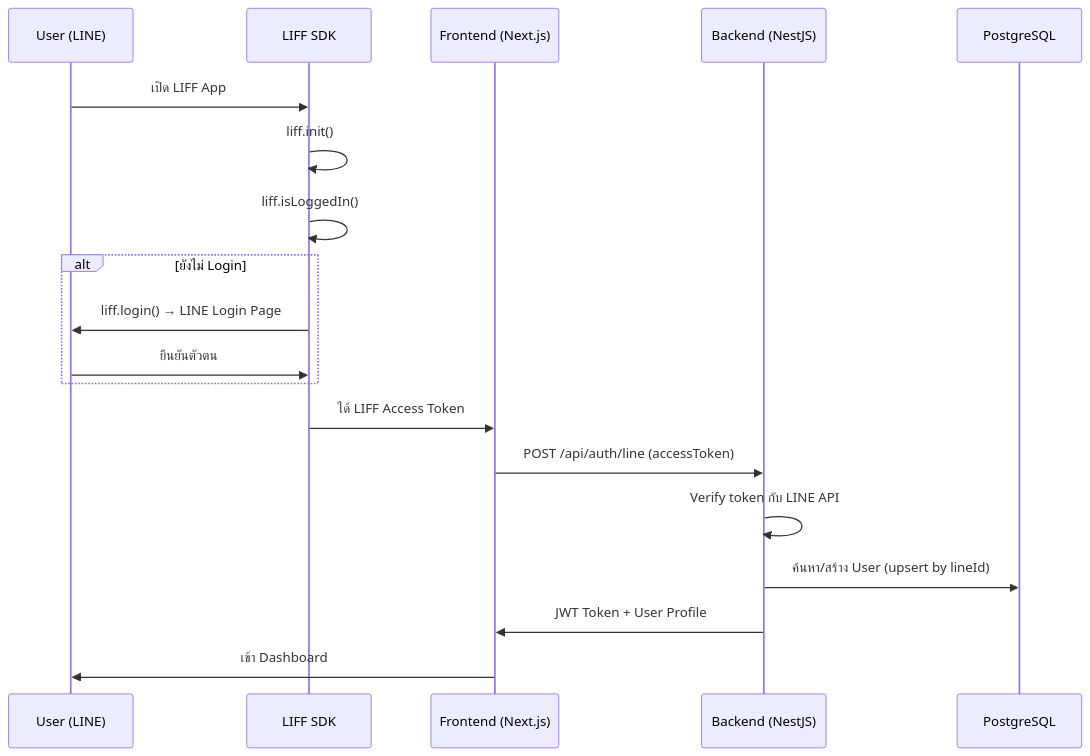
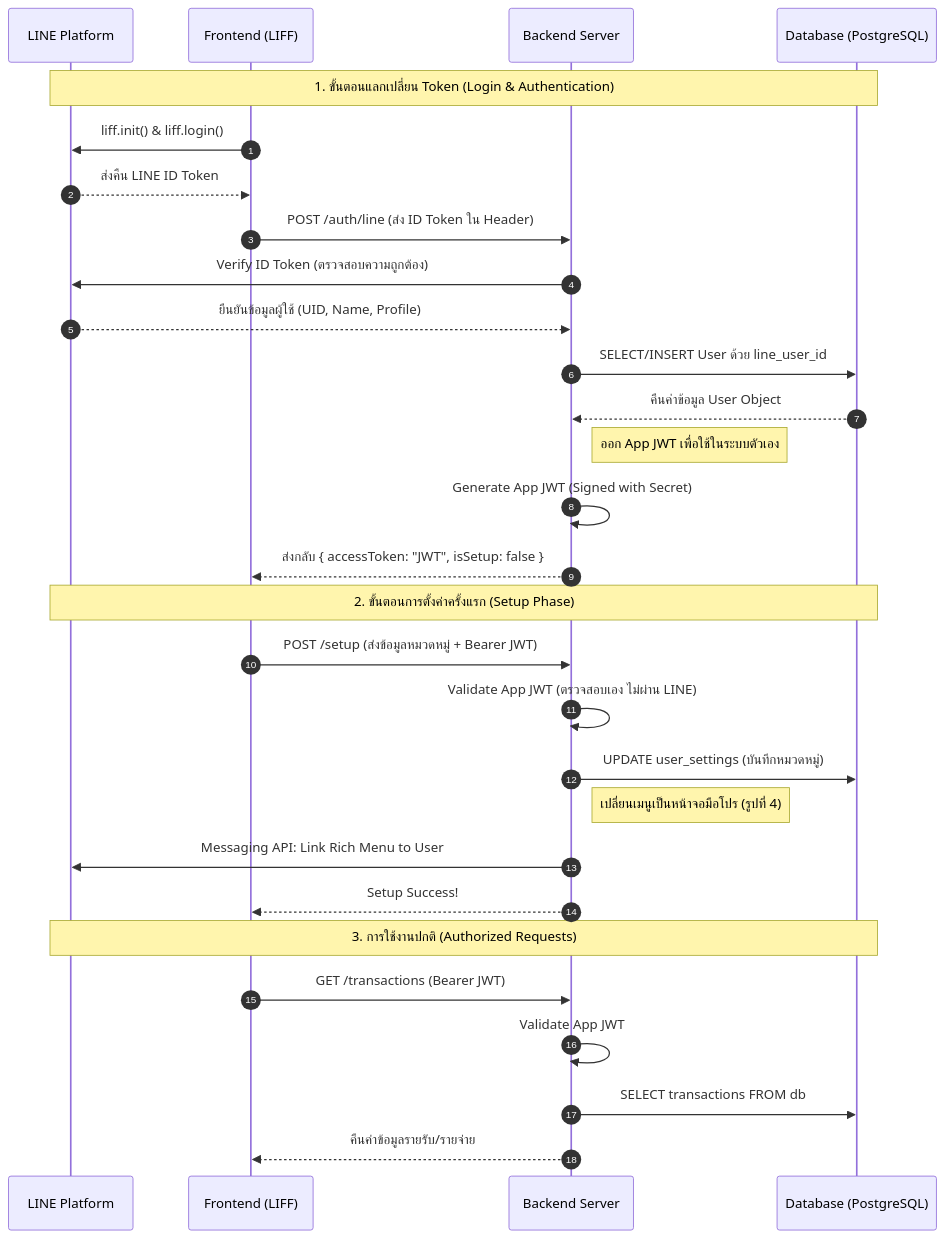
The second of 15 diagrams in BUSINESS_FLOW.md (Sek-Code/PaaToy-CashFlow), drawn with Mermaid before and after one commit. The commit also changed other lines of this file, not shown here.

Commit message:
อัพเดท business flow ข้อ 2.1 authen flow  และ 2.5 AI flow

````diff
--- a/BUSINESS_FLOW.md
+++ b/BUSINESS_FLOW.md
@@ -39,22 +39,38 @@
 ```mermaid
 sequenceDiagram
-    participant U as User (LINE)
-    participant L as LIFF SDK
-    participant F as Frontend (Next.js)
-    participant B as Backend (NestJS)
-    participant DB as PostgreSQL
+    autonumber
+    participant LINE as LINE Platform
+    participant LIFF as Frontend (LIFF)
+    participant API as Backend Server
+    participant DB as Database (PostgreSQL)
 
-    U->>L: เปิด LIFF App
-    L->>L: liff.init()
-    L->>L: liff.isLoggedIn()
-    alt ยังไม่ Login
-        L->>U: liff.login() → LINE Login Page
-        U->>L: ยืนยันตัวตน
-    end
-    L->>F: ได้ LIFF Access Token
-    F->>B: POST /api/auth/line (accessToken)
-    B->>B: Verify token กับ LINE API
-    B->>DB: ค้นหา/สร้าง User (upsert by lineId)
-    B->>F: JWT Token + User Profile
-    F->>U: เข้า Dashboard
+    Note over LINE, DB: 1. ขั้นตอนแลกเปลี่ยน Token (Login & Authentication)
+    LIFF->>LINE: liff.init() & liff.login()
+    LINE-->>LIFF: ส่งคืน LINE ID Token
+    
+    LIFF->>API: POST /auth/line (ส่ง ID Token ใน Header)
+    API->>LINE: Verify ID Token (ตรวจสอบความถูกต้อง)
+    LINE-->>API: ยืนยันข้อมูลผู้ใช้ (UID, Name, Profile)
+
+    API->>DB: SELECT/INSERT User ด้วย line_user_id
+    DB-->>API: คืนค่าข้อมูล User Object
+    
+    Note right of API: ออก App JWT เพื่อใช้ในระบบตัวเอง
+    API->>API: Generate App JWT (Signed with Secret)
+    API-->>LIFF: ส่งกลับ { accessToken: "JWT", isSetup: false }
+
+    Note over LINE, DB: 2. ขั้นตอนการตั้งค่าครั้งแรก (Setup Phase)
+    LIFF->>API: POST /setup (ส่งข้อมูลหมวดหมู่ + Bearer JWT)
+    API->>API: Validate App JWT (ตรวจสอบเอง ไม่ผ่าน LINE)
+    API->>DB: UPDATE user_settings (บันทึกหมวดหมู่)
+    
+    Note right of API: เปลี่ยนเมนูเป็นหน้าจอมือโปร (รูปที่ 4)
+    API->>LINE: Messaging API: Link Rich Menu to User
+    API-->>LIFF: Setup Success!
+
+    Note over LINE, DB: 3. การใช้งานปกติ (Authorized Requests)
+    LIFF->>API: GET /transactions (Bearer JWT)
+    API->>API: Validate App JWT
+    API->>DB: SELECT transactions FROM db
+    API-->>LIFF: คืนค่าข้อมูลรายรับ/รายจ่าย
 ```
````
